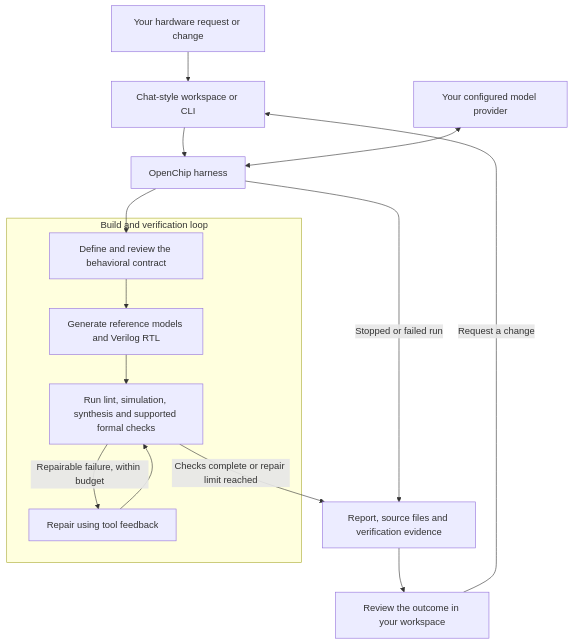
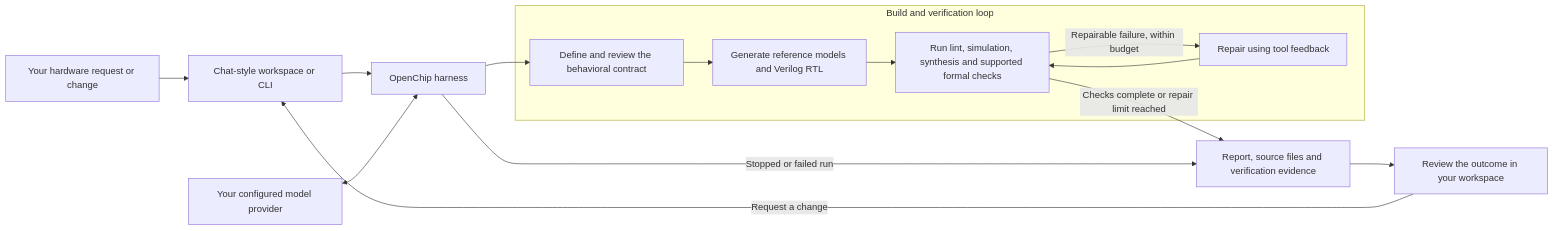
Before and after one commit to harrrshall/openchip: the diagram in README.md, drawn with Mermaid.

Commit message:
Make README workflow diagram compact and horizontal

````diff
--- a/README.md
+++ b/README.md
@@ -37,20 +37,20 @@
 ```mermaid
-flowchart TD
+flowchart LR
     U["Your hardware request or change"] --> I["Chat-style workspace or CLI"]
     I --> H["OpenChip harness"]
     M["Your configured model provider"] <--> H
     subgraph Build["Build and verification loop"]
         C["Define and review the behavioral contract"]
         G["Generate reference models and Verilog RTL"]
         V["Run lint, simulation, synthesis and supported formal checks"]
         R["Repair using tool feedback"]
         C --> G --> V
         V -->|"Repairable failure, within budget"| R
         R --> V
     end
     H --> C
     V -->|"Checks complete or repair limit reached"| O["Report, source files and verification evidence"]
     H -->|"Stopped or failed run"| O
     O --> P["Review the outcome in your workspace"]
     P -->|"Request a change"| I
 ```
````
